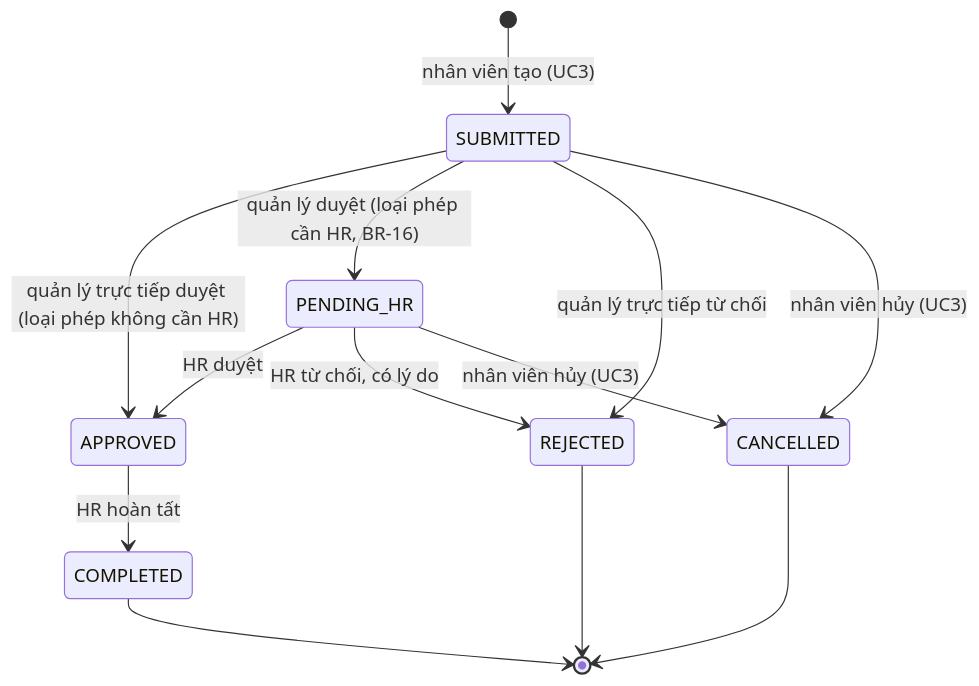
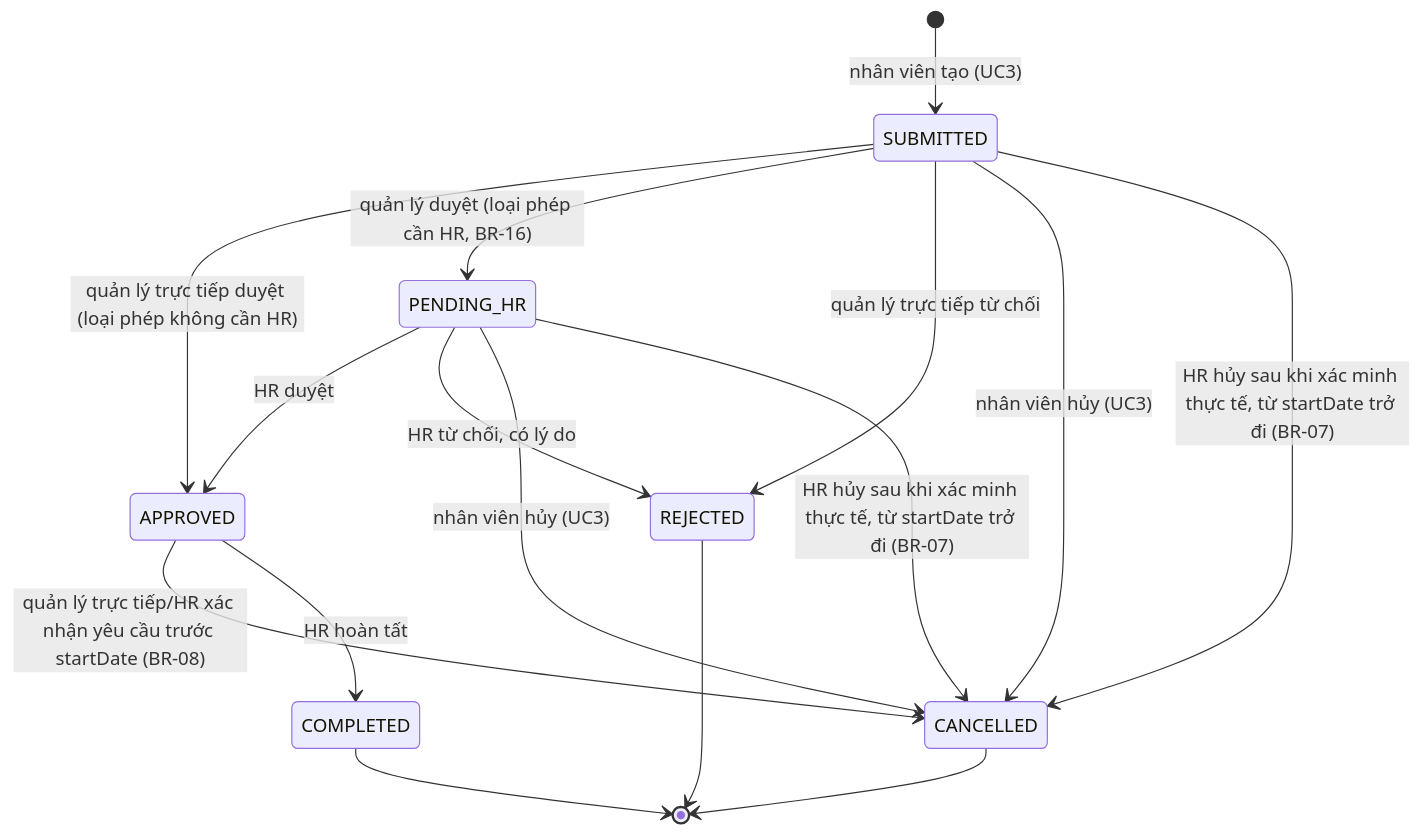
The diagram in docs/features/UC4-approve-leave-request/spec.md (Acerchicken/HR-Enterprise-Platform), drawn with Mermaid before and after one commit. The commit also changed other lines of this file and 9 other files, not shown here.

````diff
--- a/docs/features/UC4-approve-leave-request/spec.md
+++ b/docs/features/UC4-approve-leave-request/spec.md
@@ -48,15 +49,18 @@
 ```mermaid
 stateDiagram-v2
   [*] --> SUBMITTED: nhân viên tạo (UC3)
   SUBMITTED --> APPROVED: quản lý trực tiếp duyệt (loại phép không cần HR)
   SUBMITTED --> PENDING_HR: quản lý duyệt (loại phép cần HR, BR-16)
   PENDING_HR --> APPROVED: HR duyệt
   PENDING_HR --> REJECTED: HR từ chối, có lý do
   PENDING_HR --> CANCELLED: nhân viên hủy (UC3)
   SUBMITTED --> REJECTED: quản lý trực tiếp từ chối
   SUBMITTED --> CANCELLED: nhân viên hủy (UC3)
+  SUBMITTED --> CANCELLED: HR hủy sau khi xác minh thực tế, từ startDate trở đi (BR-07)
+  PENDING_HR --> CANCELLED: HR hủy sau khi xác minh thực tế, từ startDate trở đi (BR-07)
+  APPROVED --> CANCELLED: quản lý trực tiếp/HR xác nhận yêu cầu trước startDate (BR-08)
   APPROVED --> COMPLETED: HR hoàn tất
   REJECTED --> [*]
   CANCELLED --> [*]
   COMPLETED --> [*]
 ```
````
